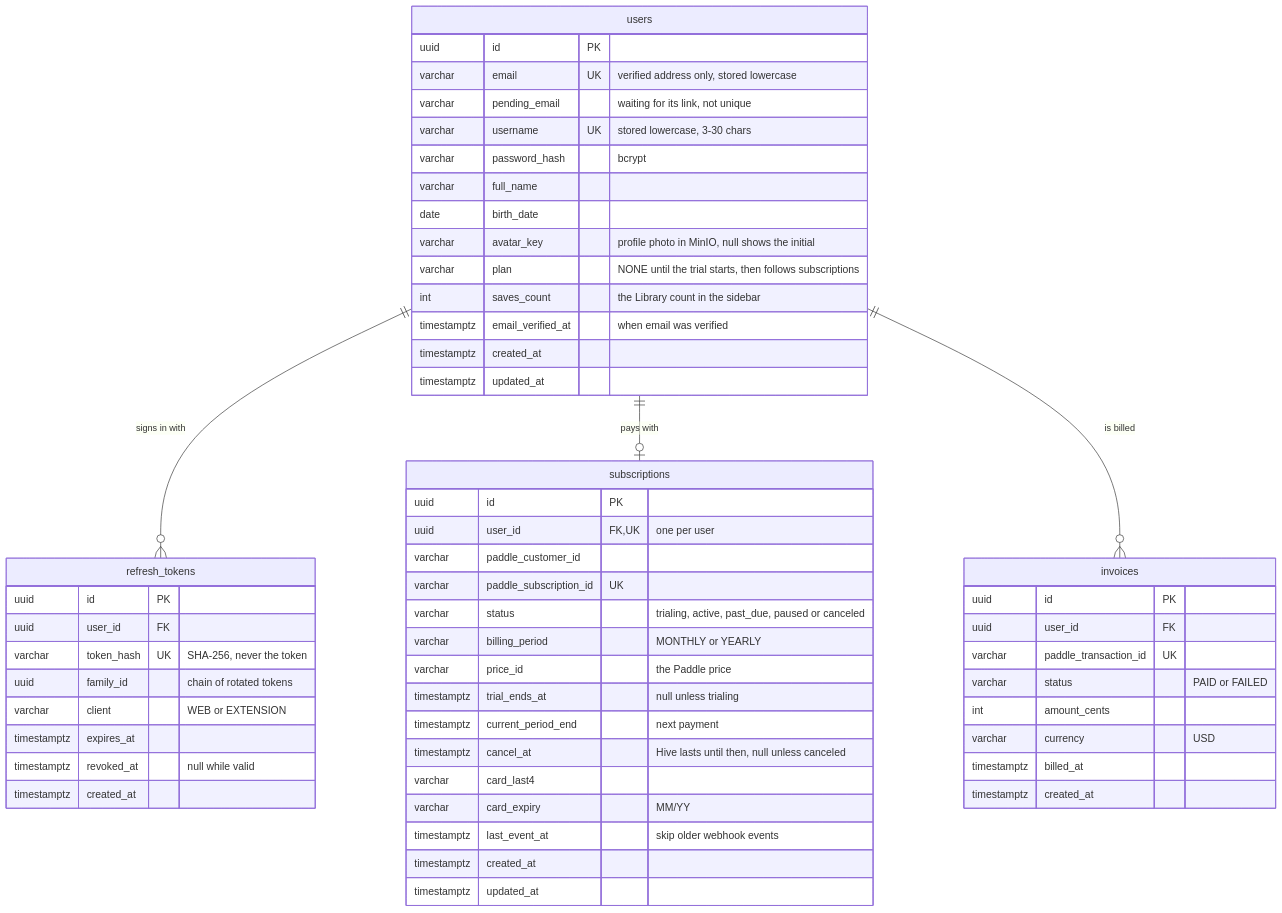
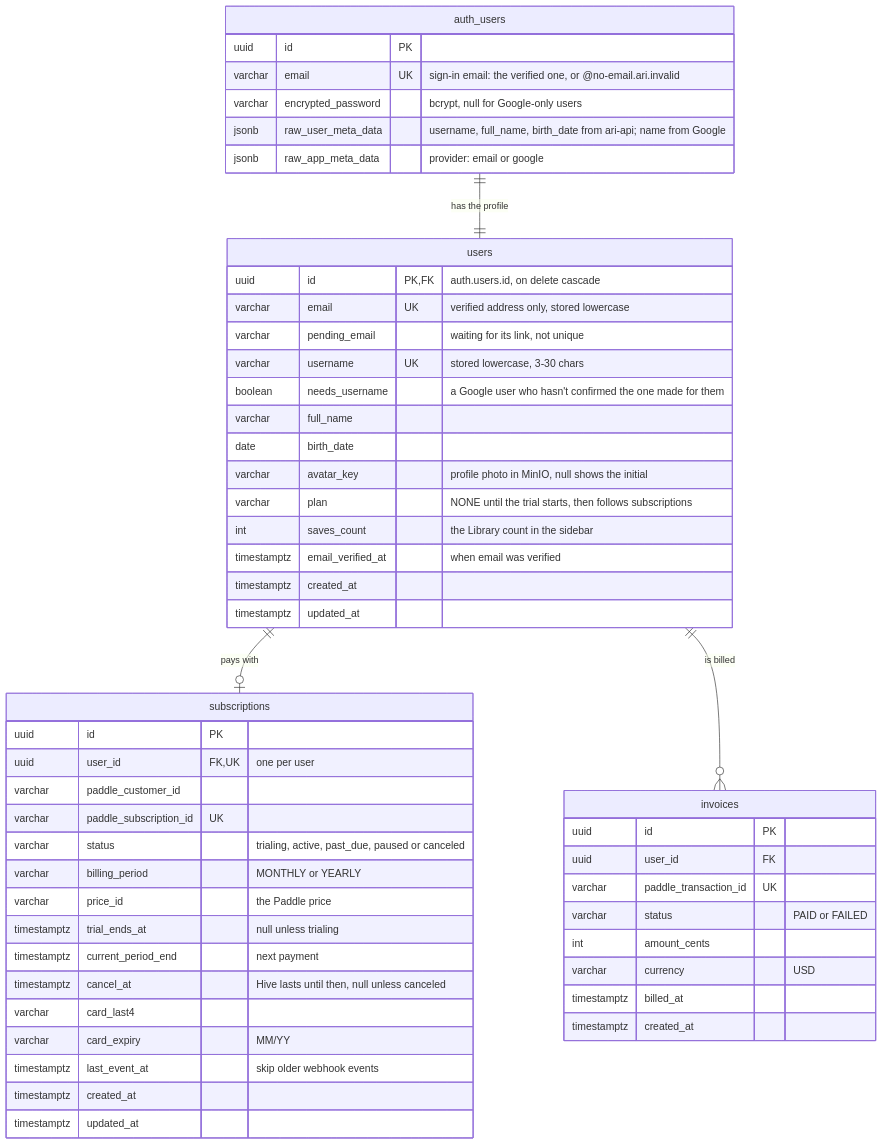
The second of 8 diagrams in docs/database.md (salimsalimzade/ari-api), drawn with Mermaid before and after one commit. The commit also changed other lines of this file and 59 other files, not shown here.

````diff
--- a/docs/database.md
+++ b/docs/database.md
@@ -55,58 +56,55 @@
 ```mermaid
 erDiagram
-  users ||--o{ refresh_tokens : "signs in with"
+  auth_users ||--|| users : "has the profile"
   users ||--o| subscriptions : "pays with"
   users ||--o{ invoices : "is billed"
+  auth_users {
+    uuid id PK
+    varchar email UK "sign-in email: the verified one, or <id>@no-email.ari.invalid"
+    varchar encrypted_password "bcrypt, null for Google-only users"
+    jsonb raw_user_meta_data "username, full_name, birth_date from ari-api; name from Google"
+    jsonb raw_app_meta_data "provider: email or google"
+  }
   users {
-    uuid id PK
+    uuid id PK, FK "auth.users.id, on delete cascade"
     varchar email UK "verified address only, stored lowercase"
     varchar pending_email "waiting for its link, not unique"
     varchar username UK "stored lowercase, 3-30 chars"
-    varchar password_hash "bcrypt"
+    boolean needs_username "a Google user who hasn't confirmed the one made for them"
     varchar full_name
     date birth_date
     varchar avatar_key "profile photo in MinIO, null shows the initial"
     varchar plan "NONE until the trial starts, then follows subscriptions"
     int saves_count "the Library count in the sidebar"
     timestamptz email_verified_at "when email was verified"
     timestamptz created_at
     timestamptz updated_at
-  }
-  refresh_tokens {
-    uuid id PK
-    uuid user_id FK
-    varchar token_hash UK "SHA-256, never the token"
-    uuid family_id "chain of rotated tokens"
-    varchar client "WEB or EXTENSION"
-    timestamptz expires_at
-    timestamptz revoked_at "null while valid"
-    timestamptz created_at
   }
   subscriptions {
     uuid id PK
     uuid user_id FK, UK "one per user"
     varchar paddle_customer_id
     varchar paddle_subscription_id UK
     varchar status "trialing, active, past_due, paused or canceled"
     varchar billing_period "MONTHLY or YEARLY"
     varchar price_id "the Paddle price"
     timestamptz trial_ends_at "null unless trialing"
     timestamptz current_period_end "next payment"
     timestamptz cancel_at "Hive lasts until then, null unless canceled"
     varchar card_last4
     varchar card_expiry "MM/YY"
     timestamptz last_event_at "skip older webhook events"
     timestamptz created_at
     timestamptz updated_at
   }
   invoices {
     uuid id PK
     uuid user_id FK
     varchar paddle_transaction_id UK
     varchar status "PAID or FAILED"
     int amount_cents
     varchar currency "USD"
     timestamptz billed_at
     timestamptz created_at
   }
 ```
````
